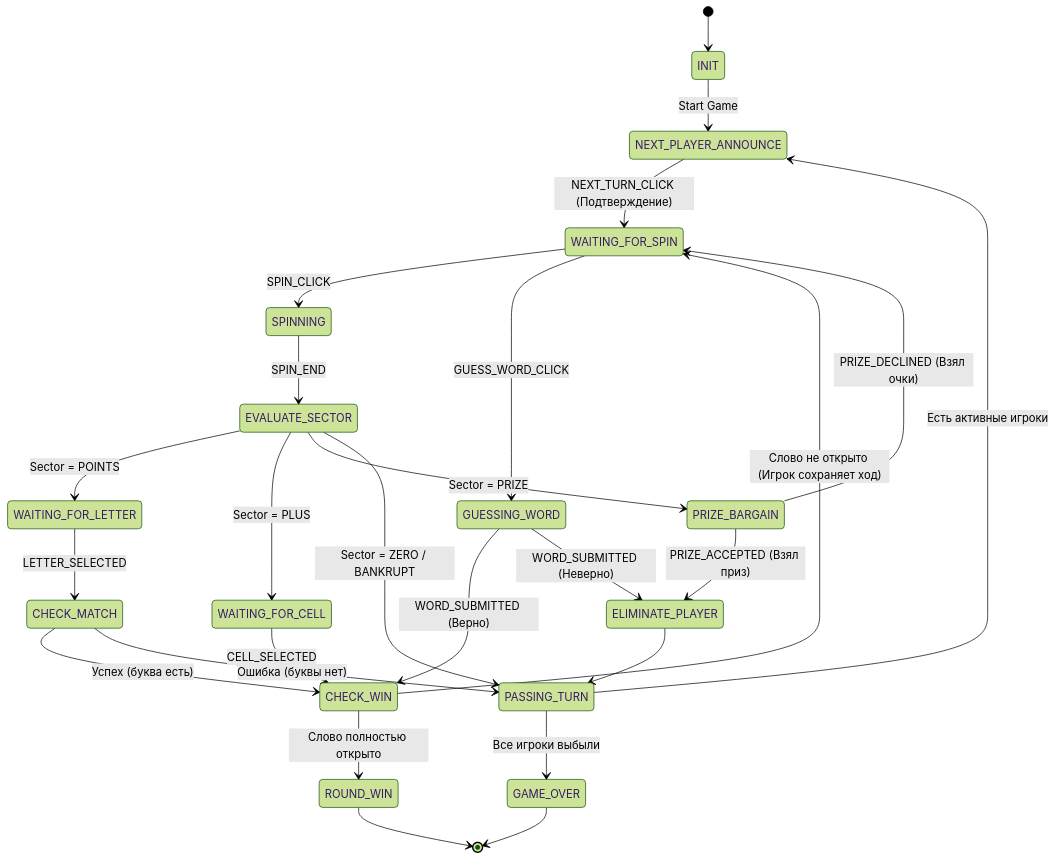
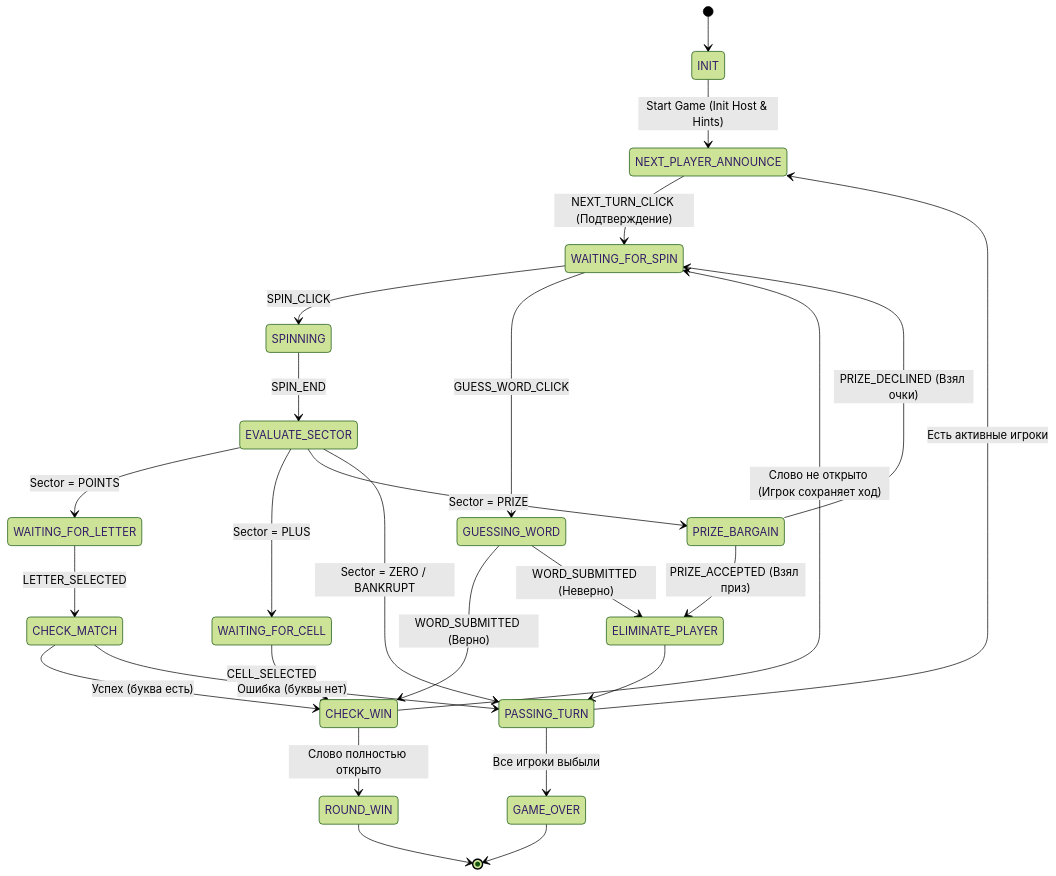
The first of 2 diagrams in docs/System_Design.md (sergeibakurovus-source/pole_chudes), drawn with Mermaid (forest theme) before and after one commit. The commit also changed other lines of this file, not shown here.

Commit message:
docs(arch): system architecture and interfaces for Increment 4 [Gate 1B approved]

````diff
--- a/docs/System_Design.md
+++ b/docs/System_Design.md
@@ -57,40 +65,40 @@
 ```mermaid
 stateDiagram-v2
     [*] --> INIT
-    INIT --> NEXT_PLAYER_ANNOUNCE : Start Game
+    INIT --> NEXT_PLAYER_ANNOUNCE : Start Game (Init Host & Hints)
     
     NEXT_PLAYER_ANNOUNCE --> WAITING_FOR_SPIN : NEXT_TURN_CLICK (Подтверждение)
     
     WAITING_FOR_SPIN --> SPINNING : SPIN_CLICK
     WAITING_FOR_SPIN --> GUESSING_WORD : GUESS_WORD_CLICK
     
     SPINNING --> EVALUATE_SECTOR : SPIN_END
     
     EVALUATE_SECTOR --> WAITING_FOR_LETTER : Sector = POINTS
     EVALUATE_SECTOR --> WAITING_FOR_CELL : Sector = PLUS
     EVALUATE_SECTOR --> PRIZE_BARGAIN : Sector = PRIZE
     EVALUATE_SECTOR --> PASSING_TURN : Sector = ZERO / BANKRUPT
     
     WAITING_FOR_LETTER --> CHECK_MATCH : LETTER_SELECTED
     CHECK_MATCH --> CHECK_WIN : Успех (буква есть)
     CHECK_MATCH --> PASSING_TURN : Ошибка (буквы нет)
     
     WAITING_FOR_CELL --> CHECK_WIN : CELL_SELECTED
     
     PRIZE_BARGAIN --> WAITING_FOR_SPIN : PRIZE_DECLINED (Взял очки)
     PRIZE_BARGAIN --> ELIMINATE_PLAYER : PRIZE_ACCEPTED (Взял приз)
     
     GUESSING_WORD --> CHECK_WIN : WORD_SUBMITTED (Верно)
     GUESSING_WORD --> ELIMINATE_PLAYER : WORD_SUBMITTED (Неверно)
     
     CHECK_WIN --> WAITING_FOR_SPIN : Слово не открыто (Игрок сохраняет ход)
     CHECK_WIN --> ROUND_WIN : Слово полностью открыто
     
     ELIMINATE_PLAYER --> PASSING_TURN
     
     PASSING_TURN --> NEXT_PLAYER_ANNOUNCE : Есть активные игроки
     PASSING_TURN --> GAME_OVER : Все игроки выбыли
     
     ROUND_WIN --> [*]
     GAME_OVER --> [*]
 ```
````
